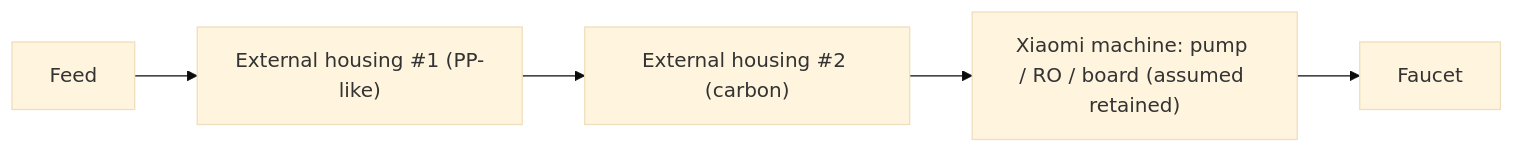
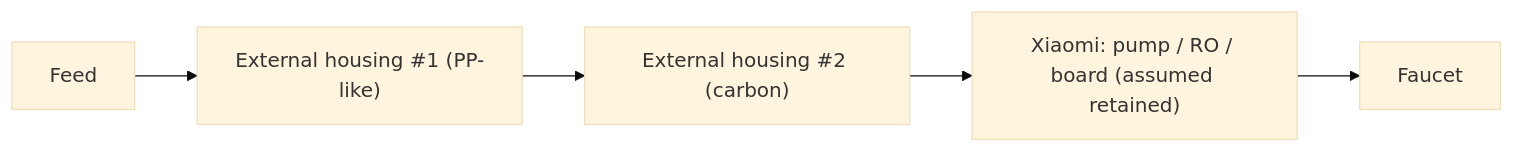
One commit to BassShang/diy-ro-water-purifier changed the diagram in research/videos/14-BV1ZG411g73g.md. Above: the diagram before and after it, drawn with Mermaid (base theme). The commit also changed other lines of this file and 1 other file, not shown here.

````diff
--- a/research/videos/14-BV1ZG411g73g.md
+++ b/research/videos/14-BV1ZG411g73g.md
@@ -21,5 +27,5 @@
 ```mermaid
 flowchart LR
   IN["Feed"] --> X1["External housing #1 (PP-like)"] --> X2["External housing #2 (carbon)"]
-  X2 --> MI["Xiaomi machine: pump / RO / board (assumed retained)"] --> F["Faucet"]
+  X2 --> MI["Xiaomi: pump / RO / board (assumed retained)"] --> F["Faucet"]
 ```
````
